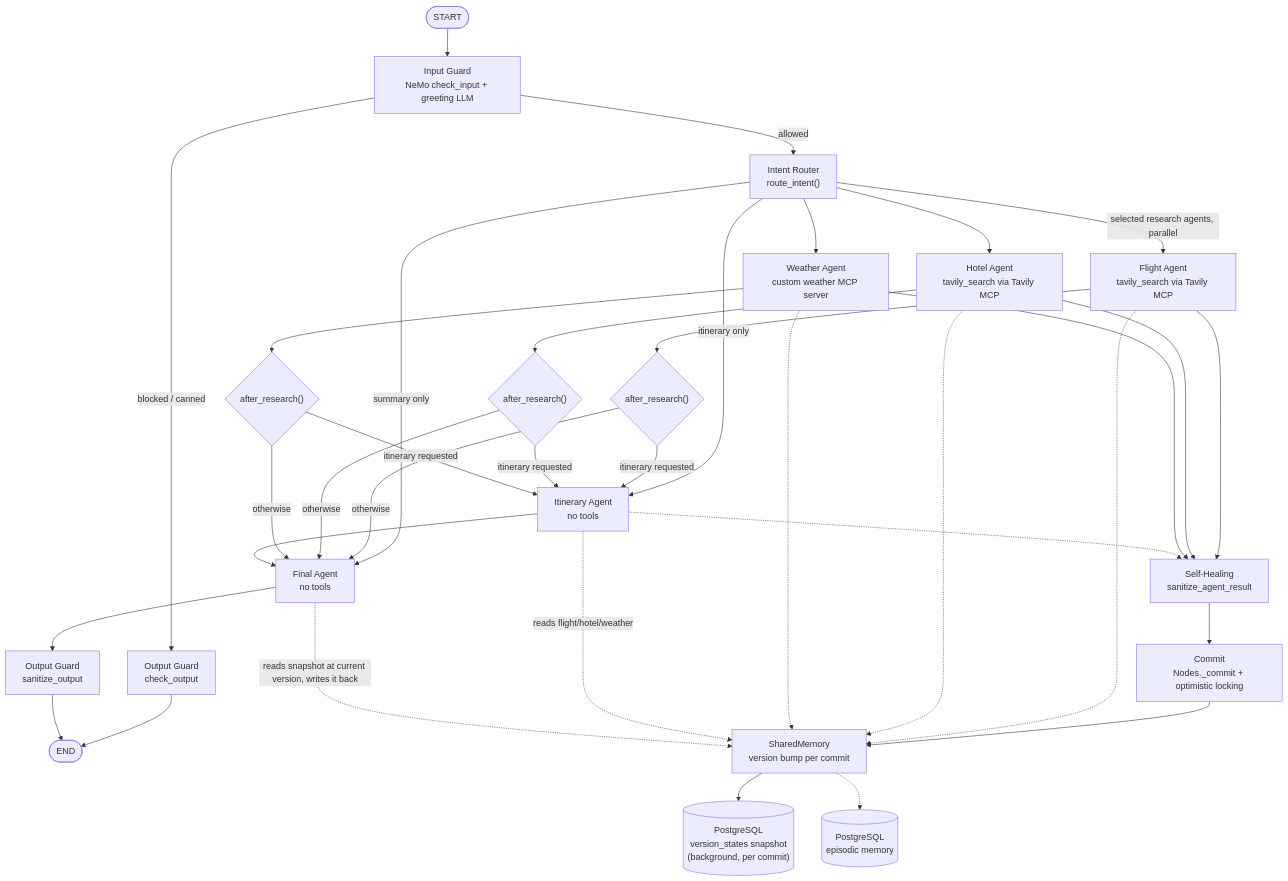
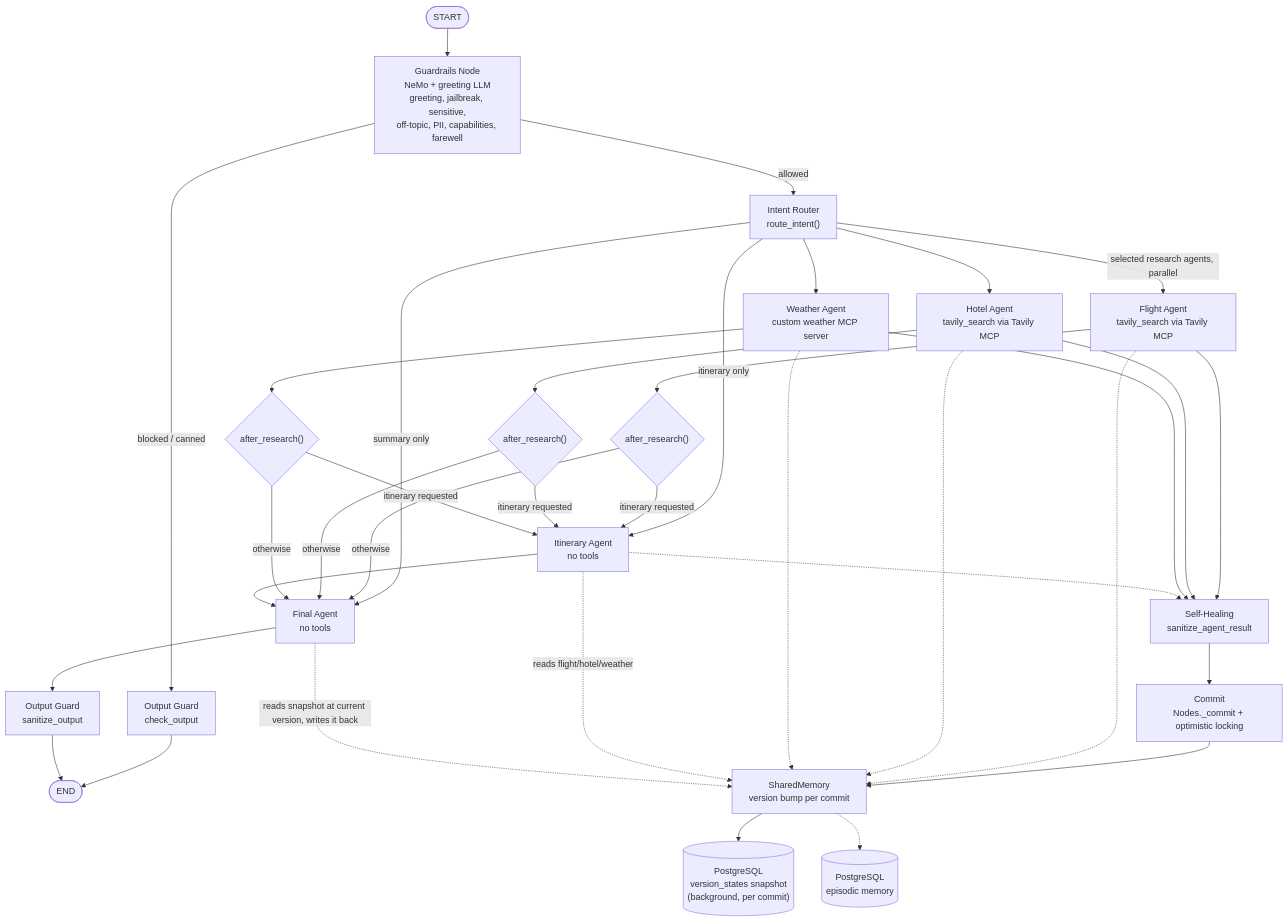
The second of 2 diagrams in README.md (mohamed2012004/Travel-Mate-AI), drawn with Mermaid before and after one commit. The commit also changed other lines of this file, not shown here.

Commit message:
feat(guardrails): update NeMo Guardrails description and consolidate input/output handling in README

````diff
--- a/README.md
+++ b/README.md
@@ -98,41 +79,41 @@
 ```mermaid
 flowchart TD
-    START([START]) --> INGUARD["Input Guard<br/>NeMo check_input + greeting LLM"]
-    INGUARD -->|blocked / canned| OUTGUARD["Output Guard<br/>check_output"]
-    INGUARD -->|allowed| Router["Intent Router<br/>route_intent()"]
+    START([START]) --> GUARD["Guardrails Node<br/>NeMo + greeting LLM<br/>greeting, jailbreak, sensitive,<br/>off-topic, PII, capabilities, farewell"]
+    GUARD -->|blocked / canned| OUTGUARD["Output Guard<br/>check_output"]
+    GUARD -->|allowed| Router["Intent Router<br/>route_intent()"]
     OUTGUARD --> END([END])
     Router -->|selected research agents, parallel| Flight["Flight Agent<br/>tavily_search via Tavily MCP"]
     Router --> Hotel["Hotel Agent<br/>tavily_search via Tavily MCP"]
     Router --> Weather["Weather Agent<br/>custom weather MCP server"]
     Router -->|itinerary only| Itinerary["Itinerary Agent<br/>no tools"]
     Router -->|summary only| Final["Final Agent<br/>no tools"]
 
     Flight --> SH["Self-Healing<br/>sanitize_agent_result"]
     Hotel --> SH
     Weather --> SH
     SH --> Commit["Commit<br/>Nodes._commit + optimistic locking"]
     Commit --> SM["SharedMemory<br/>version bump per commit"]
     SM --> VersDB[("PostgreSQL<br/>version_states snapshot<br/>(background, per commit)")]
     Itinerary -.-> SH
 
     Flight --> After1{"after_research()"}
     Hotel --> After2{"after_research()"}
     Weather --> After3{"after_research()"}
     After1 -->|itinerary requested| Itinerary
     After2 -->|itinerary requested| Itinerary
     After3 -->|itinerary requested| Itinerary
     After1 -->|otherwise| Final
     After2 -->|otherwise| Final
     After3 -->|otherwise| Final
 
     Itinerary --> Final
     Final --> OUTGUARD2["Output Guard<br/>sanitize_output"]
     OUTGUARD2 --> END
 
     Flight -.-> SM
     Hotel -.-> SM
     Weather -.-> SM
     Itinerary -.->|reads flight/hotel/weather| SM
     Final -.->|reads snapshot at current version, writes it back| SM
     SM -.-> PG[("PostgreSQL<br/>episodic memory")]
 ```
````
